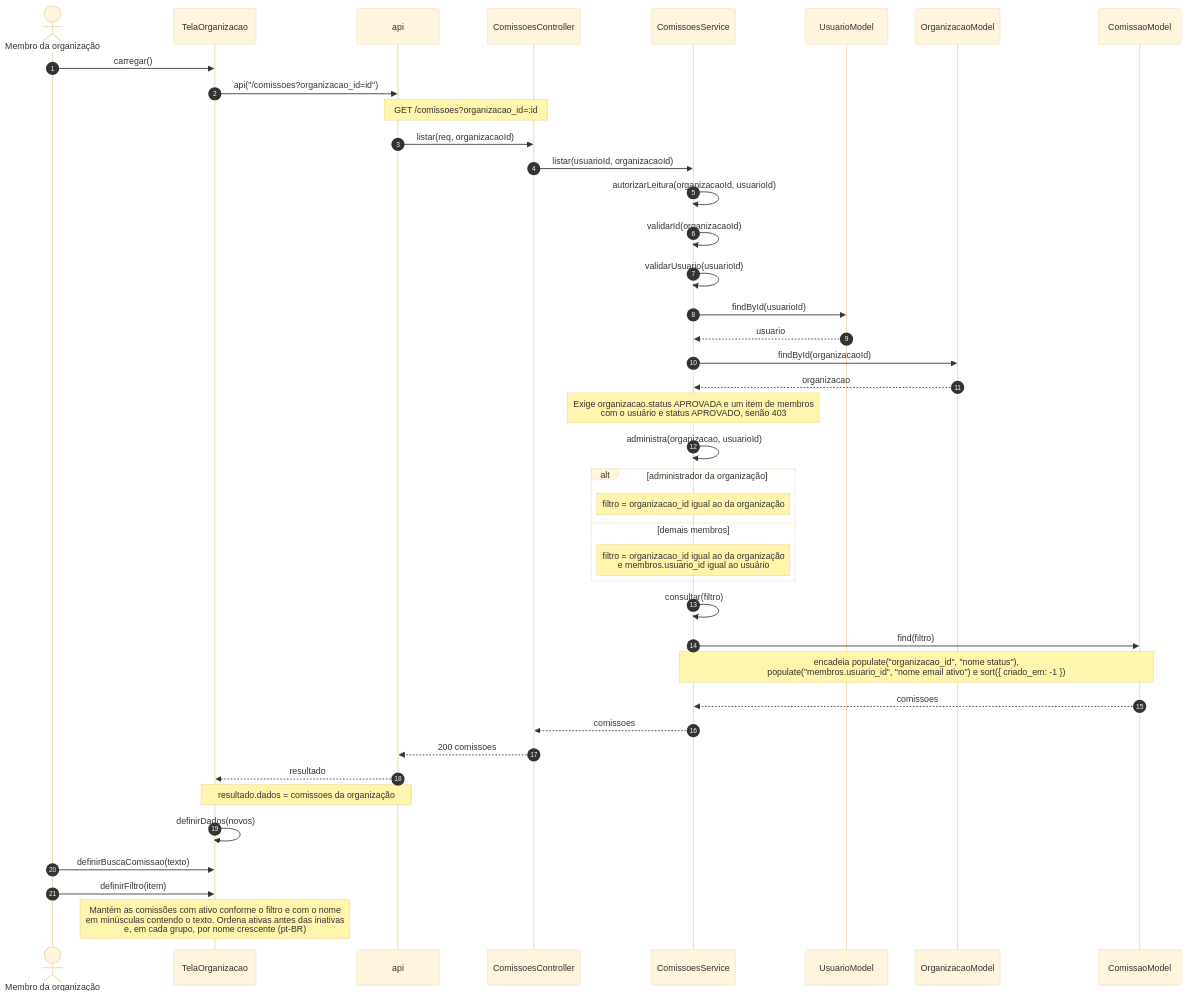
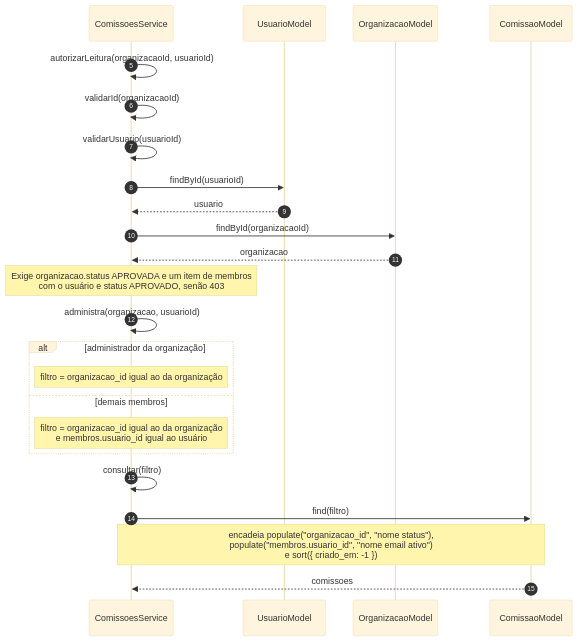
Before and after one commit to Conecta-IFSP/DOCUMENTATION: the third of 28 diagrams in 2 - Incremento 1/cadastro-comissao/6 - diagramas-sequencia-cadastro-comissao.md, drawn with Mermaid (base theme). The commit also changed other lines of this file and 5 other files, not shown here.

Commit message:
Divide os diagramas de sequência dos incrementos 1 e 2 em partes legíveis

````diff
--- a/2 - Incremento 1/cadastro-comissao/6 - diagramas-sequencia-cadastro-comissao.md
+++ b/2 - Incremento 1/cadastro-comissao/6 - diagramas-sequencia-cadastro-comissao.md
@@ -13,43 +58,26 @@
 ```mermaid
 sequenceDiagram
-    autonumber
-    actor U as Membro da organização
-    participant T as TelaOrganizacao
-    participant A as api
-    participant C as ComissoesController
+    autonumber 5
     participant S as ComissoesService
     participant UM as UsuarioModel
     participant OM as OrganizacaoModel
     participant M as ComissaoModel
-    U->>T: carregar()
-    T->>A: api("/comissoes?organizacao_id=id")
-    Note over A,C: GET /comissoes?organizacao_id=:id
-    A->>C: listar(req, organizacaoId)
-    C->>S: listar(usuarioId, organizacaoId)
     S->>S: autorizarLeitura(organizacaoId, usuarioId)
     S->>S: validarId(organizacaoId)
     S->>S: validarUsuario(usuarioId)
     S->>UM: findById(usuarioId)
     UM-->>S: usuario
     S->>OM: findById(organizacaoId)
     OM-->>S: organizacao
     Note over S: Exige organizacao.status APROVADA e um item de membros<br/>com o usuário e status APROVADO, senão 403
     S->>S: administra(organizacao, usuarioId)
     alt administrador da organização
         Note over S: filtro = organizacao_id igual ao da organização
     else demais membros
         Note over S: filtro = organizacao_id igual ao da organização<br/>e membros.usuario_id igual ao usuário
     end
     S->>S: consultar(filtro)
     S->>M: find(filtro)
-    Note over S,M: encadeia populate("organizacao_id", "nome status"),<br/>populate("membros.usuario_id", "nome email ativo") e sort({ criado_em: -1 })
+    Note over S,M: encadeia populate("organizacao_id", "nome status"),<br/>populate("membros.usuario_id", "nome email ativo")<br/>e sort({ criado_em: -1 })
     M-->>S: comissoes
-    S-->>C: comissoes
-    C-->>A: 200 comissoes
-    A-->>T: resultado
-    Note over T,A: resultado.dados = comissoes da organização
-    T->>T: definirDados(novos)
-    U->>T: definirBuscaComissao(texto)
-    U->>T: definirFiltro(item)
-    Note over T: Mantém as comissões com ativo conforme o filtro e com o nome<br/>em minúsculas contendo o texto. Ordena ativas antes das inativas<br/>e, em cada grupo, por nome crescente (pt-BR)
 ```
````
